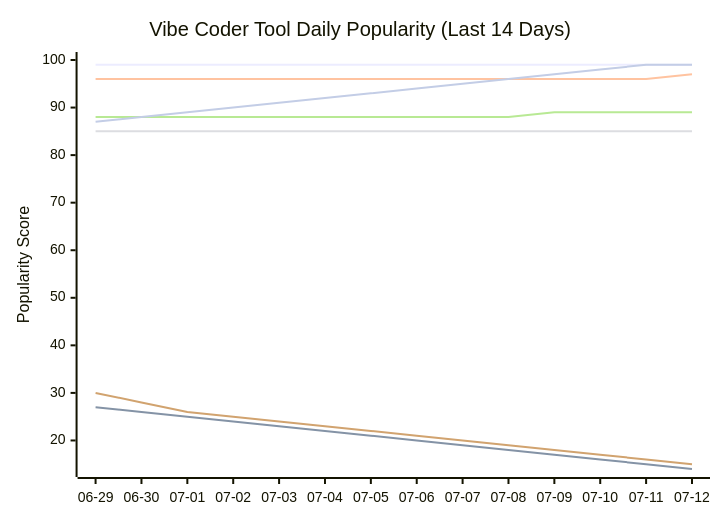
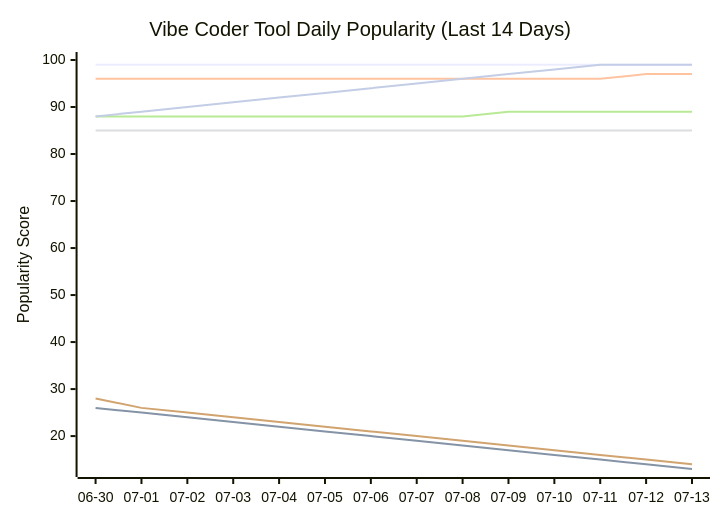
One commit to tykimos/ai-whatchelin changed the seventh of 11 diagrams in README.md. Above: the diagram before and after it, drawn with Mermaid. The commit also changed other lines of this file and 4 other files, not shown here.

````diff
--- a/README.md
+++ b/README.md
@@ -1968,13 +1977,13 @@
 ```mermaid
 xychart-beta
     title "Vibe Coder Tool Daily Popularity (Last 14 Days)"
-    x-axis ["06-29", "06-30", "07-01", "07-02", "07-03", "07-04", "07-05", "07-06", "07-07", "07-08", "07-09", "07-10", "07-11", "07-12"]
-    y-axis "Popularity Score" 14 --> 100
+    x-axis ["06-30", "07-01", "07-02", "07-03", "07-04", "07-05", "07-06", "07-07", "07-08", "07-09", "07-10", "07-11", "07-12", "07-13"]
+    y-axis "Popularity Score" 13 --> 100
     line "Claude Code" [99, 99, 99, 99, 99, 99, 99, 99, 99, 99, 99, 99, 99, 99]
-    line "GH Copilot" [27, 26, 25, 24, 23, 22, 21, 20, 19, 18, 17, 16, 15, 14]
-    line "Cursor" [96, 96, 96, 96, 96, 96, 96, 96, 96, 96, 96, 96, 96, 97]
+    line "GH Copilot" [26, 25, 24, 23, 22, 21, 20, 19, 18, 17, 16, 15, 14, 13]
+    line "Cursor" [96, 96, 96, 96, 96, 96, 96, 96, 96, 96, 96, 96, 97, 97]
     line "Windsurf" [85, 85, 85, 85, 85, 85, 85, 85, 85, 85, 85, 85, 85, 85]
-    line "Codex CLI" [88, 88, 88, 88, 88, 88, 88, 88, 88, 88, 89, 89, 89, 89]
-    line "Gemini CLI" [30, 28, 26, 25, 24, 23, 22, 21, 20, 19, 18, 17, 16, 15]
-    line "Antigravity" [87, 88, 89, 90, 91, 92, 93, 94, 95, 96, 97, 98, 99, 99]
+    line "Codex CLI" [88, 88, 88, 88, 88, 88, 88, 88, 88, 89, 89, 89, 89, 89]
+    line "Gemini CLI" [28, 26, 25, 24, 23, 22, 21, 20, 19, 18, 17, 16, 15, 14]
+    line "Antigravity" [88, 89, 90, 91, 92, 93, 94, 95, 96, 97, 98, 99, 99, 99]
 ```
````
